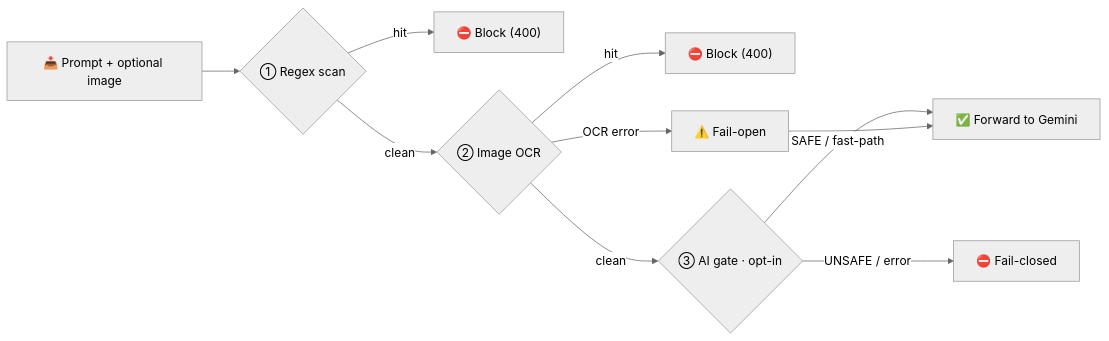
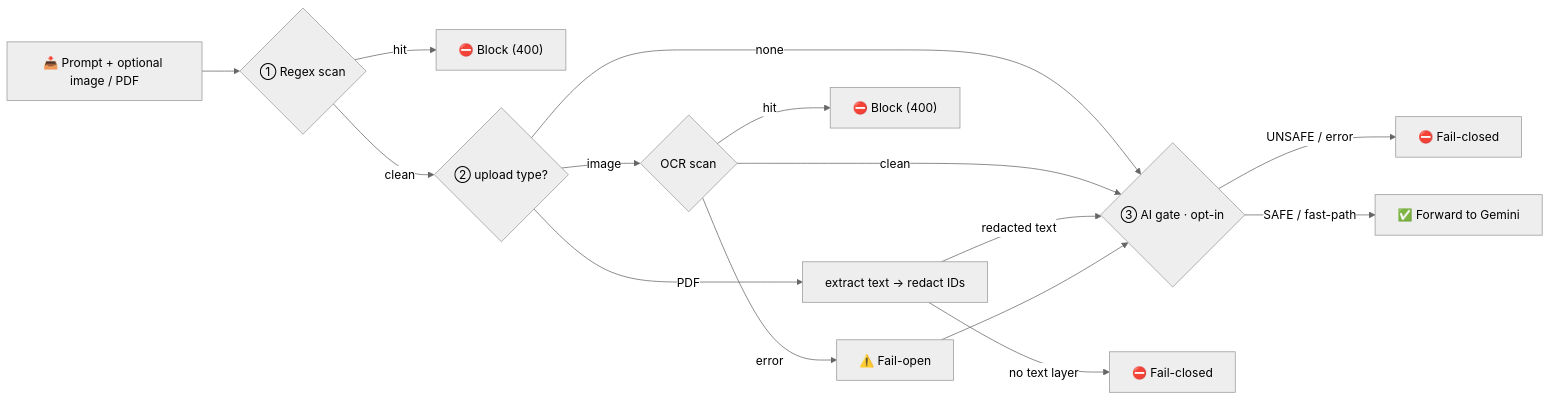
The second of 3 diagrams in README.md (leshweyeewin/merlion-os), drawn with Mermaid (neutral theme) before and after one commit. The commit also changed other lines of this file and 7 other files, not shown here.

````diff
--- a/README.md
+++ b/README.md
@@ -59,12 +59,17 @@
 ```mermaid
 flowchart LR
-    In["📥 Prompt + optional image"] --> L1{"① Regex scan"}
+    In["📥 Prompt + optional image / PDF"] --> L1{"① Regex scan"}
     L1 -->|hit| B1["⛔ Block (400)"]
-    L1 -->|clean| L2{"② Image OCR"}
-    L2 -->|hit| B2["⛔ Block (400)"]
-    L2 -->|OCR error| FO["⚠️ Fail-open"]
-    L2 -->|clean| L3{"③ AI gate · opt-in"}
+    L1 -->|clean| T{"② upload type?"}
+    T -->|image| OCR{"OCR scan"}
+    T -->|PDF| RX["extract text → redact IDs"]
+    T -->|none| L3
+    OCR -->|hit| B2["⛔ Block (400)"]
+    OCR -->|error| FO["⚠️ Fail-open"]
+    OCR -->|clean| L3{"③ AI gate · opt-in"}
+    RX -->|no text layer| B4["⛔ Fail-closed"]
+    RX -->|redacted text| L3
+    FO --> L3
     L3 -->|UNSAFE / error| B3["⛔ Fail-closed"]
     L3 -->|SAFE / fast-path| OK["✅ Forward to Gemini"]
-    FO --> OK
 ```
````
